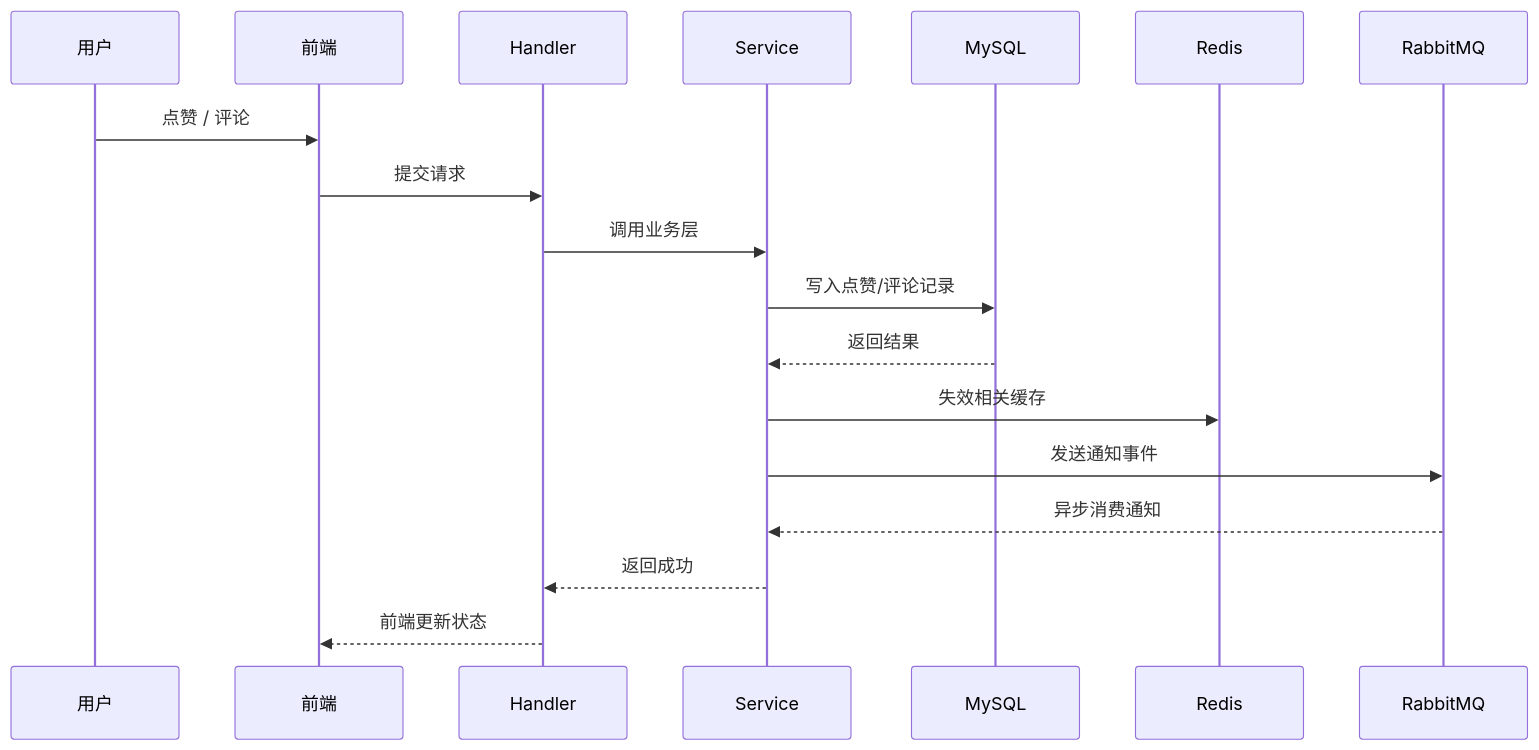
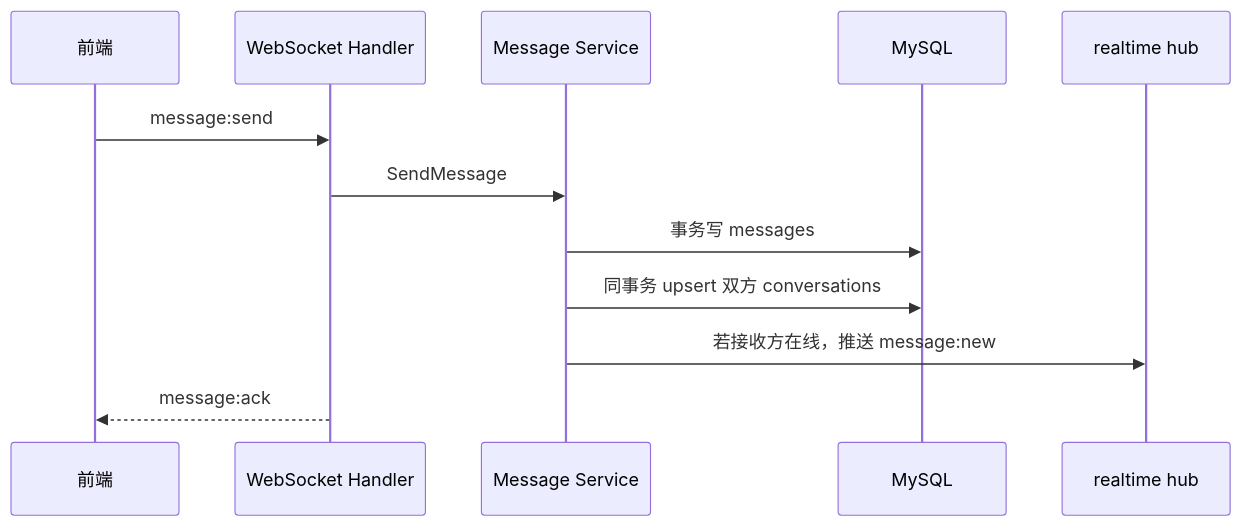
One commit to hzEnv71/feedlink changed the fifth of 6 diagrams in README.md. Above: the diagram before and after it, drawn with Mermaid. The commit also changed other lines of this file and 36 other files, not shown here.

````diff
--- a/README.md
+++ b/README.md
@@ -131,21 +163,15 @@
 ```mermaid
 sequenceDiagram
-    participant U as 用户
     participant F as 前端
-    participant H as Handler
-    participant S as Service
+    participant W as WebSocket Handler
+    participant S as Message Service
     participant D as MySQL
-    participant R as Redis
-    participant Q as RabbitMQ
+    participant R as realtime hub
 
-    U->>F: 点赞 / 评论
-    F->>H: 提交请求
-    H->>S: 调用业务层
-    S->>D: 写入点赞/评论记录
-    D-->>S: 返回结果
-    S->>R: 失效相关缓存
-    S->>Q: 发送通知事件
-    Q-->>S: 异步消费通知
-    S-->>H: 返回成功
-    H-->>F: 前端更新状态
+    F->>W: message:send
+    W->>S: SendMessage
+    S->>D: 事务写 messages
+    S->>D: 同事务 upsert 双方 conversations
+    S->>R: 若接收方在线，推送 message:new
+    W-->>F: message:ack
 ```
````
